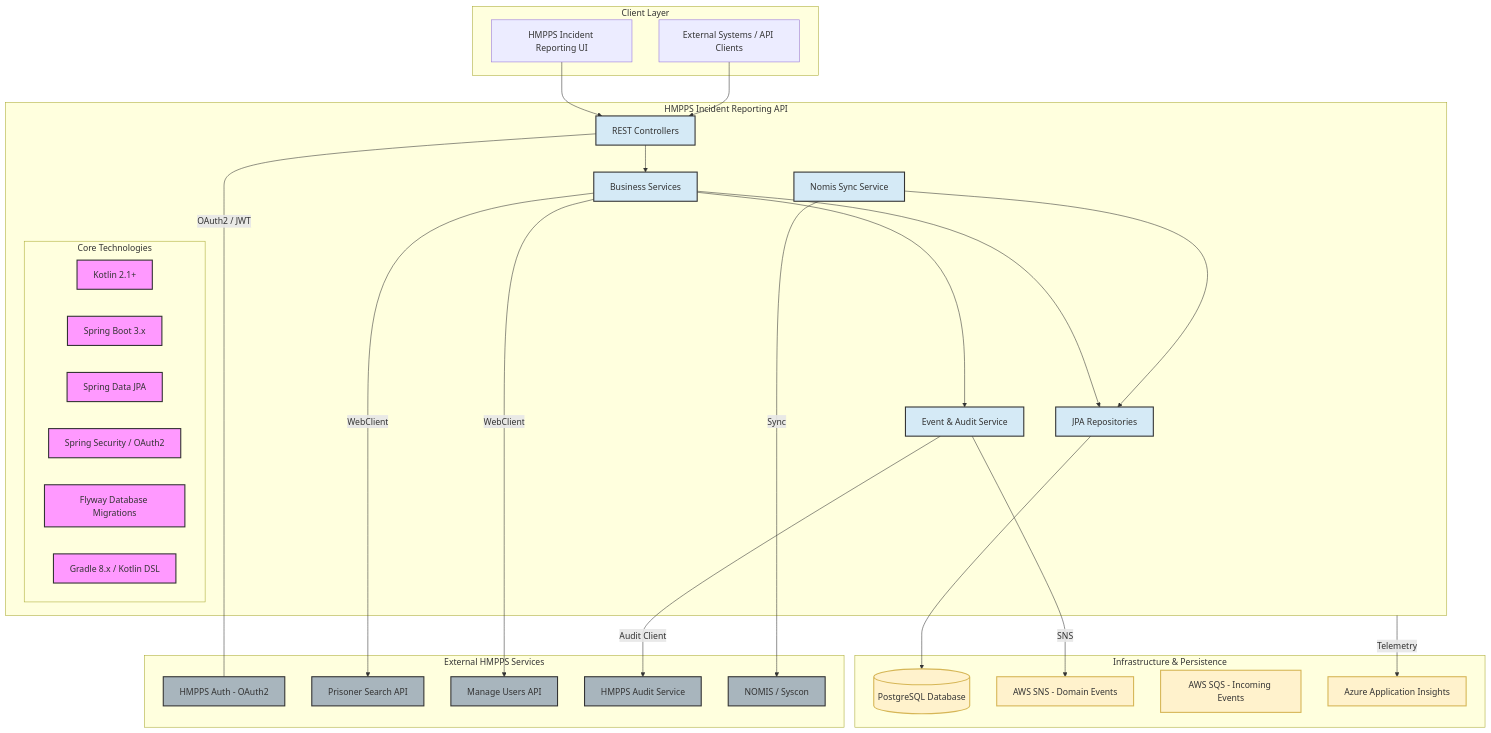
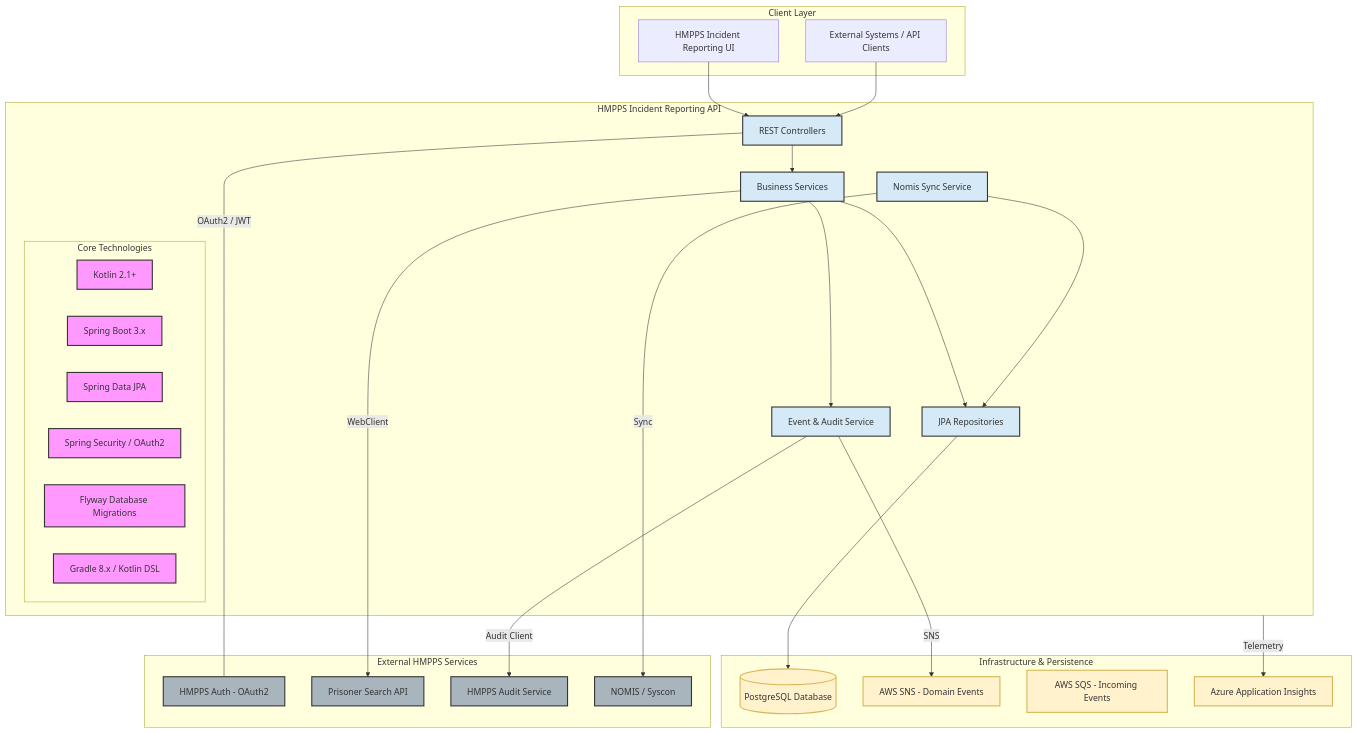
One commit to ministryofjustice/hmpps-incident-reporting-api changed the diagram in key-features.md. Above: the diagram before and after it, drawn with Mermaid. The commit also changed 9 other files, not shown here.

Commit message:
IR-1557 Remove Manage Users API integration and related configurations - as DPR no longer integrated (#547)

````diff
--- a/key-features.md
+++ b/key-features.md
@@ -66,74 +66,72 @@
 ```mermaid
 graph TD
     subgraph ClientLayer [Client Layer]
         HMPPSUI[HMPPS Incident Reporting UI]
         ExternalSystems[External Systems / API Clients]
     end
 
     subgraph HMppsIncidentReportingAPI [HMPPS Incident Reporting API]
         subgraph CoreTech [Core Technologies]
             Kotlin[Kotlin 2.1+]
             SpringBoot[Spring Boot 3.x]
             SpringDataJPA[Spring Data JPA]
             SpringSecurity[Spring Security / OAuth2]
             Flyway[Flyway Database Migrations]
             Gradle[Gradle 8.x / Kotlin DSL]
         end
 
         APIControllers[REST Controllers]
         Services[Business Services]
         Repositories[JPA Repositories]
         NomisSync[Nomis Sync Service]
         EventService[Event & Audit Service]
 
         APIControllers --> Services
         Services --> Repositories
         Services --> EventService
         NomisSync --> Repositories
     end
 
     subgraph Infrastructure [Infrastructure & Persistence]
         Postgres[(PostgreSQL Database)]
         SNS[AWS SNS - Domain Events]
         SQS[AWS SQS - Incoming Events]
         AppInsights[Azure Application Insights]
     end
 
     subgraph ExternalServices [External HMPPS Services]
         HMPPSAuth[HMPPS Auth - OAuth2]
         PrisonerSearch[Prisoner Search API]
-        ManageUsers[Manage Users API]
         AuditService[HMPPS Audit Service]
         NOMIS[NOMIS / Syscon]
     end
 
   %% API calls
   HMPPSUI --> APIControllers
   ExternalSystems --> APIControllers
 
     %% Internal API Flow
     Repositories --> Postgres
 
     %% External Communications
     APIControllers -- OAuth2 / JWT --- HMPPSAuth
     Services -- WebClient --> PrisonerSearch
-    Services -- WebClient --> ManageUsers
     EventService -- SNS --> SNS
     EventService -- Audit Client --> AuditService
     NomisSync -- Sync --> NOMIS
 
     %% Observability
     HMppsIncidentReportingAPI -- Telemetry --> AppInsights
 
     %% Styling
     classDef tech fill:#f9f,stroke:#333,stroke-width:2px;
     classDef internal fill:#d5eaf6,stroke:#333,stroke-width:2px;
     classDef external fill:#a8b5bd,stroke:#333,stroke-width:2px;
     classDef infra fill:#fff2cc,stroke:#d6b656,stroke-width:2px;
 
     class Kotlin,SpringBoot,SpringDataJPA,SpringSecurity,Flyway,Gradle tech;
     class APIControllers,Services,Repositories,NomisSync,EventService internal;
-    class HMPPSAuth,PrisonerSearch,ManageUsers,AuditService,NOMIS external;
+    class HMPPSAuth,PrisonerSearch,AuditService,NOMIS external;
     class Postgres,Redis,SNS,SQS,AppInsights infra;
 
 ```
````
